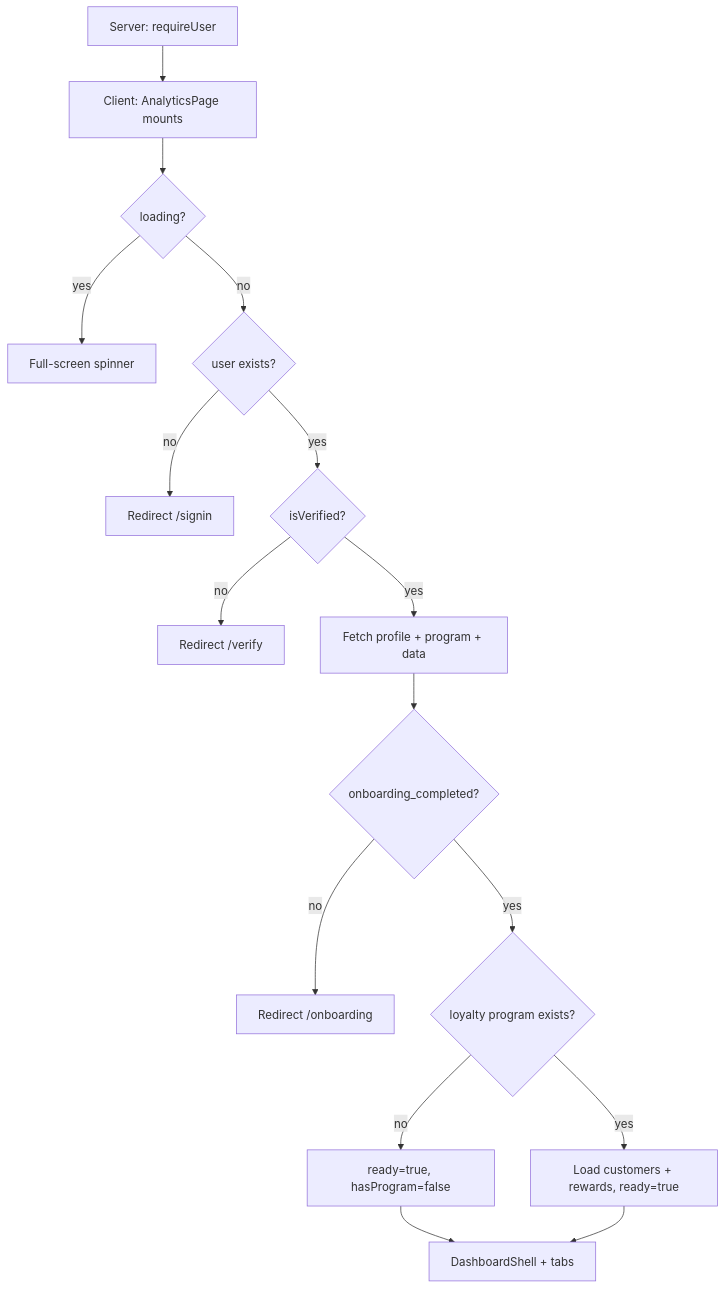
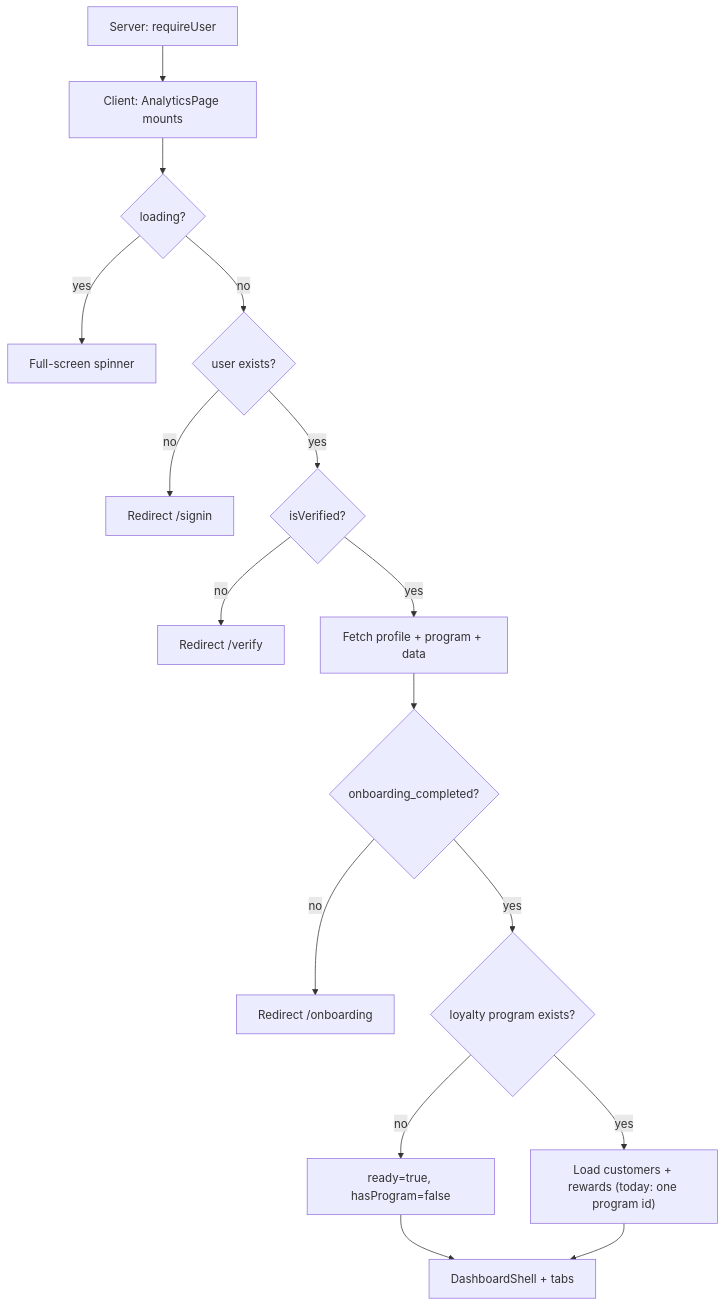
One commit to Ali-sherif/loyollo-web changed the diagram in docs/frontend/analytics-page.md. Above: the diagram before and after it, drawn with Mermaid. The commit also changed other lines of this file and 36 other files, not shown here.

````diff
--- a/docs/frontend/analytics-page.md
+++ b/docs/frontend/analytics-page.md
@@ -55,18 +82,18 @@
 ```mermaid
 flowchart TD
   A[Server: requireUser] --> B[Client: AnalyticsPage mounts]
   B --> C{loading?}
   C -->|yes| D[Full-screen spinner]
   C -->|no| E{user exists?}
   E -->|no| F[Redirect /signin]
   E -->|yes| G{isVerified?}
   G -->|no| H[Redirect /verify]
   G -->|yes| I[Fetch profile + program + data]
   I --> J{onboarding_completed?}
   J -->|no| K[Redirect /onboarding]
   J -->|yes| L{loyalty program exists?}
   L -->|no| M[ready=true, hasProgram=false]
-  L -->|yes| N[Load customers + rewards, ready=true]
+  L -->|yes| N["Load customers + rewards (today: one program id)"]
   M --> O[DashboardShell + tabs]
   N --> O
 ```
````
